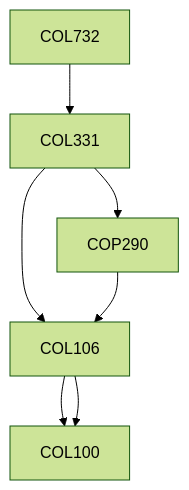
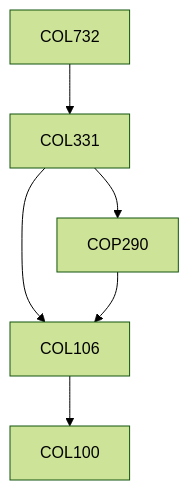
The diagram in content/Computer Science and Engineering/COL732.md (KeshavBansal0122/CoS_Website), drawn with Mermaid (forest theme) before and after one commit. The commit also changed other lines of this file and 2667 other files, not shown here.

````diff
--- a/content/Computer Science and Engineering/COL732.md
+++ b/content/Computer Science and Engineering/COL732.md
@@ -15,9 +13,12 @@
 ```mermaid
-graph TD
-COL732 --> COL331
-COL331 --> COL106
-COL106 --> COL100
-COL331 --> COP290
-COP290 --> COL106
-COL106 --> COL100
+flowchart TD
+COL732-205[COL732]
+COL732-205 --> COL331-205[COL331]
+COL331-205 --> COP290-205[COP290]
+COL106-205 --> COL100-205[COL100]
+COL331-205 --> COL106-205[COL106]
+COP290-205 --> COL106-205[COL106]
+
+classDef empty height:17px, fill:transparent, stroke:transparent;
+classDef trueEmpty height:0px, width:0px;
 ```
````
